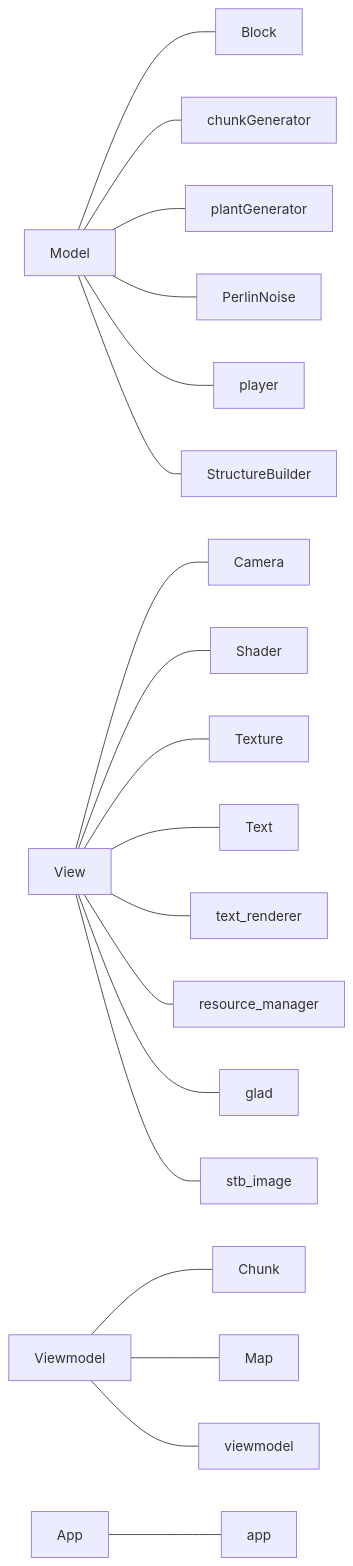
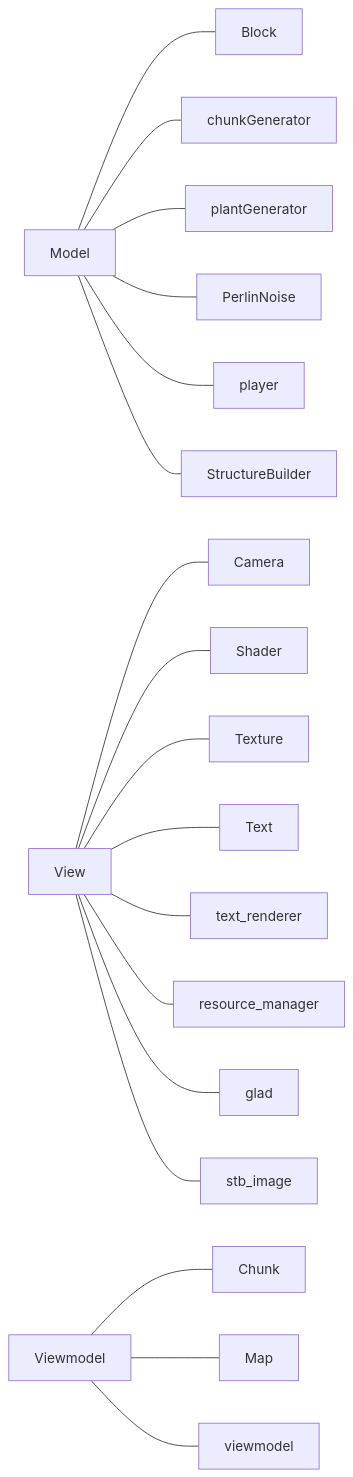
Before and after one commit to yunwei37/mc: the first of 2 diagrams in documents/minecraft结题报告.md, drawn with Mermaid. The commit also changed other lines of this file and 1 other file, not shown here.

````diff
--- a/documents/minecraft结题报告.md
+++ b/documents/minecraft结题报告.md
@@ -150,21 +150,20 @@
 ```mermaid
 graph LR
 Model---Block
 Model---chunkGenerator
 Model---plantGenerator
 Model---PerlinNoise
 Model---player
 Model---StructureBuilder
 View---Camera
 View---Shader
 View---Texture
 View---Text
 View---text_renderer
 View---resource_manager
 View---glad
 View---stb_image
 Viewmodel---Chunk
 Viewmodel---Map
 Viewmodel---viewmodel
-App---app
 ```
````
